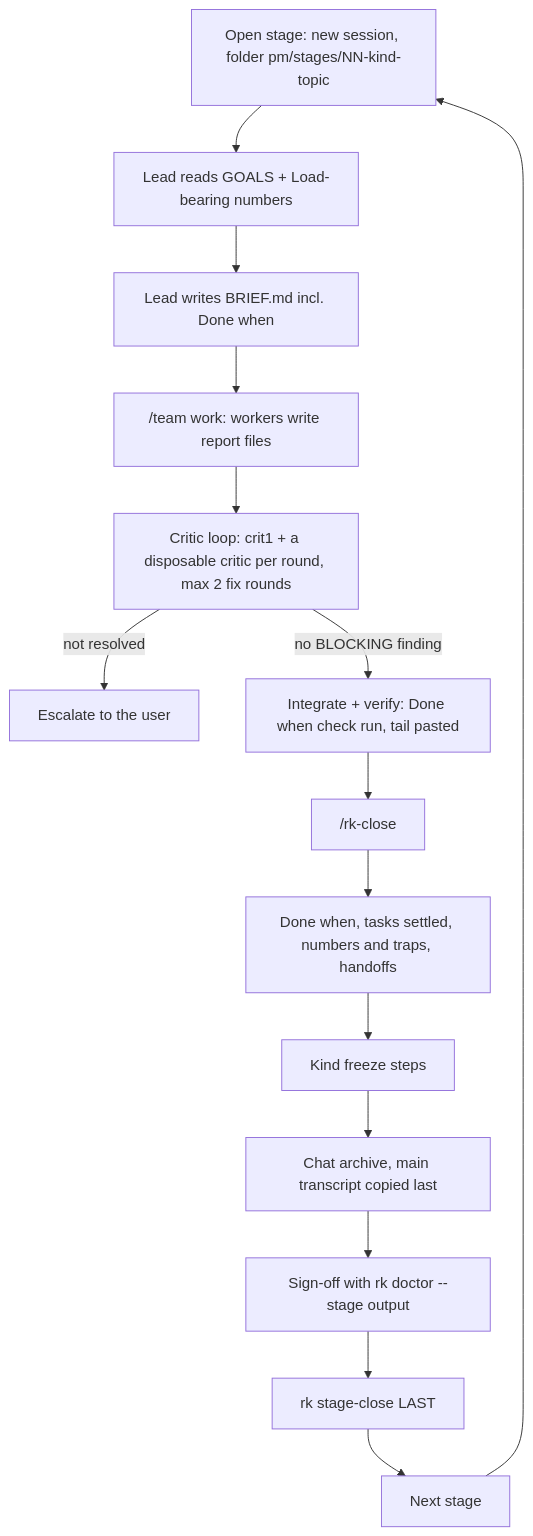
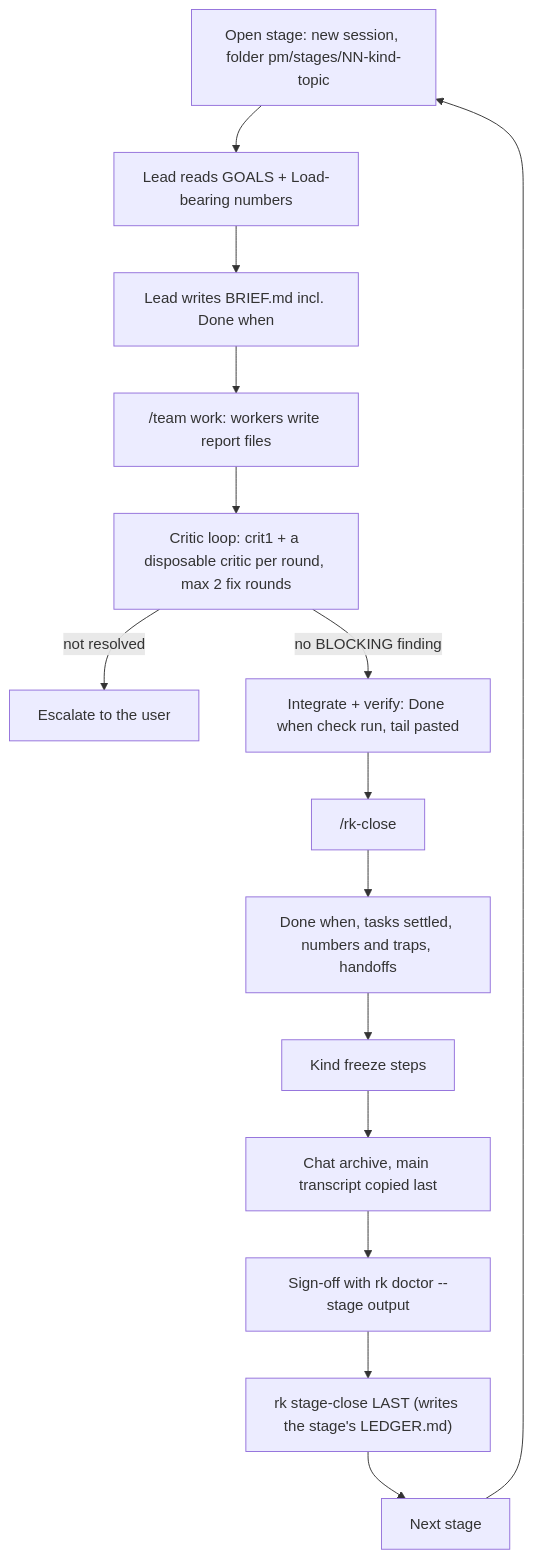
One commit to xylophoneengine/research-kit changed the second of 5 diagrams in README.md. Above: the diagram before and after it, drawn with Mermaid. The commit also changed other lines of this file, not shown here.

Commit message:
readme: ledger viewer, reason field, stage record, import and ui in the command list, gate notes

````diff
--- a/README.md
+++ b/README.md
@@ -345,17 +365,17 @@
 ```mermaid
 flowchart TD
   O["Open stage: new session, folder pm/stages/NN-kind-topic"] --> RG["Lead reads GOALS + Load-bearing numbers"]
   RG --> BR["Lead writes BRIEF.md incl. Done when"]
   BR --> T["/team work: workers write report files"]
   T --> CR["Critic loop: crit1 + a disposable critic per round, max 2 fix rounds"]
   CR -- "not resolved" --> ESC["Escalate to the user"]
   CR -- "no BLOCKING finding" --> IV["Integrate + verify: Done when check run, tail pasted"]
   IV --> CL["/rk-close"]
   CL --> S1["Done when, tasks settled, numbers and traps, handoffs"]
   S1 --> S2["Kind freeze steps"]
   S2 --> S3["Chat archive, main transcript copied last"]
   S3 --> S4["Sign-off with rk doctor --stage output"]
-  S4 --> S5["rk stage-close LAST"]
+  S4 --> S5["rk stage-close LAST (writes the stage's LEDGER.md)"]
   S5 --> N["Next stage"]
   N --> O
 ```
````
